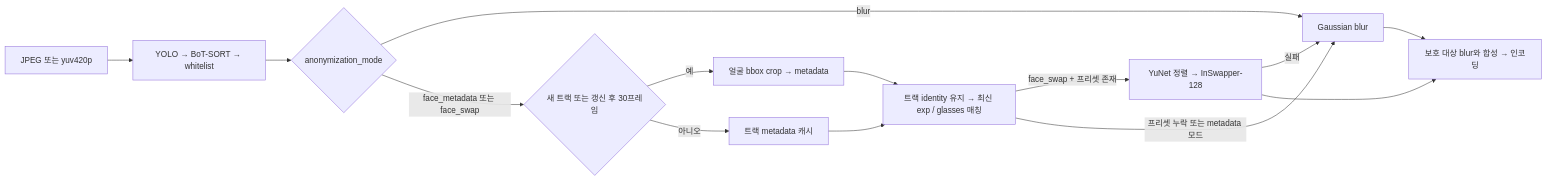
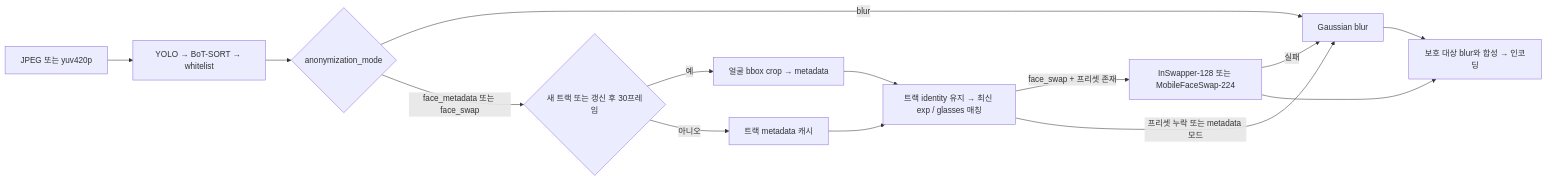
One commit to team-framework/innolive-ai changed the diagram in docs/face-preset-anonymization.md. Above: the diagram before and after it, drawn with Mermaid. The commit also changed other lines of this file and 5 other files, not shown here.

Commit message:
docs: MobileFaceSwap 운영 검증과 남은 지연 한계 기록

````diff
--- a/docs/face-preset-anonymization.md
+++ b/docs/face-preset-anonymization.md
@@ -28,16 +29,16 @@
 ```mermaid
 flowchart LR
   A[JPEG 또는 yuv420p] --> B[YOLO → BoT-SORT → whitelist]
   B --> C{anonymization_mode}
   C -->|blur| D[Gaussian blur]
   C -->|face_metadata 또는 face_swap| E{새 트랙 또는 갱신 후 30프레임}
   E -->|예| M[얼굴 bbox crop → metadata]
   E -->|아니오| K[트랙 metadata 캐시]
   M --> F[트랙 identity 유지 → 최신 exp / glasses 매칭]
   K --> F
-  F -->|face_swap + 프리셋 존재| G[YuNet 정렬 → InSwapper-128]
+  F -->|face_swap + 프리셋 존재| G[InSwapper-128 또는 MobileFaceSwap-224]
   F -->|프리셋 누락 또는 metadata 모드| D
   G -->|실패| D
   G --> H[보호 대상 blur와 합성 → 인코딩]
   D --> H
 ```
````
